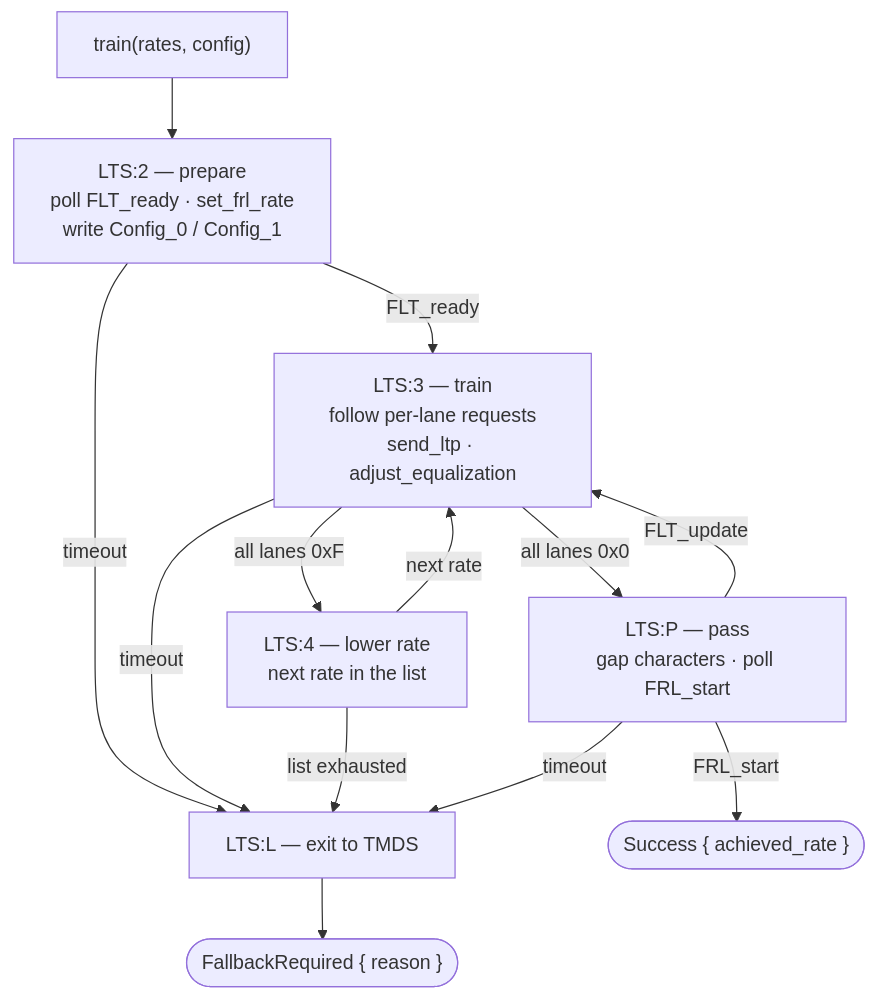
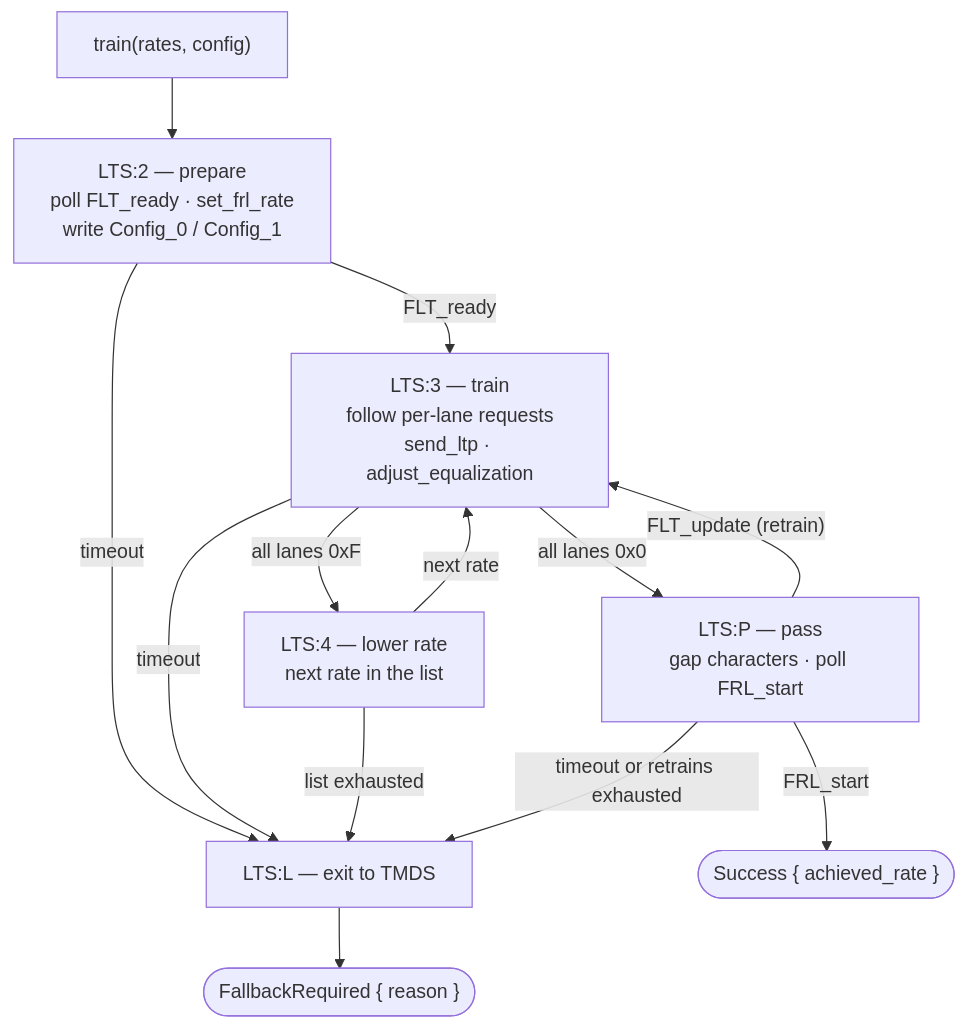
Before and after one commit to DracoWhitefire/plumbob: the first of 2 diagrams in README.md, drawn with Mermaid. The commit also changed other lines of this file and 7 other files, not shown here.

````diff
--- a/README.md
+++ b/README.md
@@ -99,24 +99,24 @@
 ```mermaid
 flowchart TD
     A["train(rates, config)"]
     P2["LTS:2 — prepare\npoll FLT_ready · set_frl_rate\nwrite Config_0 / Config_1"]
     P3["LTS:3 — train\nfollow per-lane requests\nsend_ltp · adjust_equalization"]
     PP["LTS:P — pass\ngap characters · poll FRL_start"]
     P4["LTS:4 — lower rate\nnext rate in the list"]
     PL["LTS:L — exit to TMDS"]
     S(["Success { achieved_rate }"])
     F(["FallbackRequired { reason }"])
 
     A --> P2
     P2 -- FLT_ready --> P3
     P2 -- timeout --> PL
     P3 -- "all lanes 0x0" --> PP
     P3 -- "all lanes 0xF" --> P4
     P3 -- timeout --> PL
     P4 -- next rate --> P3
     P4 -- "list exhausted" --> PL
     PP -- FRL_start --> S
-    PP -- FLT_update --> P3
-    PP -- timeout --> PL
+    PP -- "FLT_update (retrain)" --> P3
+    PP -- "timeout or retrains exhausted" --> PL
     PL --> F
 ```
````
